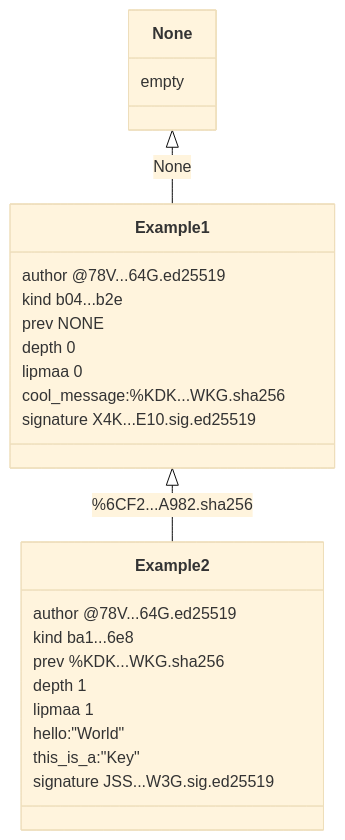
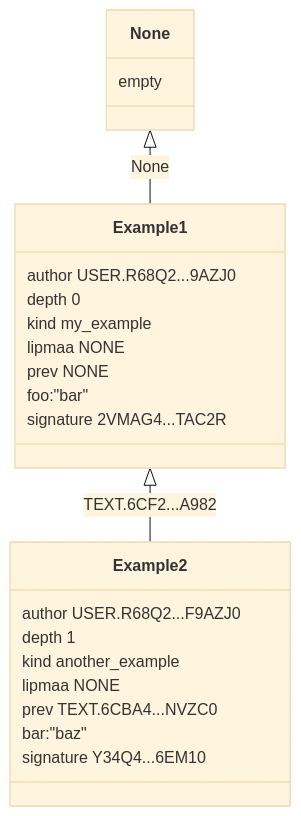
One commit to PigeonProtocolConsortium/pigeon-spec changed the diagram in diagram.md. Above: the diagram before and after it, drawn with Mermaid (base theme). The commit also changed 3 other files, not shown here.

````diff
--- a/diagram.md
+++ b/diagram.md
@@ -2,34 +2,33 @@
 ```mermaid
 classDiagram
 	None <|-- Example1: None
-	Example1 <|-- Example2: %6CF2...A982.sha256
+	Example1 <|-- Example2: TEXT.6CF2...A982
 
   class None{
     empty
   }
 
 	class Example1{
-    author @78V...64G.ed25519
-    kind b04...b2e
+    author USER.R68Q2...9AZJ0
+    depth 0
+    kind my_example
+    lipmaa NONE
     prev NONE
-    depth 0
-    lipmaa 0
 
-    cool_message:%KDK...WKG.sha256
+    foo:"bar"
 
-    signature X4K...E10.sig.ed25519
+    signature 2VMAG4...TAC2R
 	}
 
 	class Example2{
-    author @78V...64G.ed25519
-    kind ba1...6e8
-    prev %KDK...WKG.sha256
+    author USER.R68Q2...F9AZJ0
     depth 1
-    lipmaa 1
+    kind another_example
+    lipmaa NONE
+    prev TEXT.6CBA4...NVZC0
 
-    hello:"World"
-    this_is_a:"Key"
+    bar:"baz"
 
-    signature JSS...W3G.sig.ed25519
+    signature Y34Q4...6EM10
 	}
 ```
````
